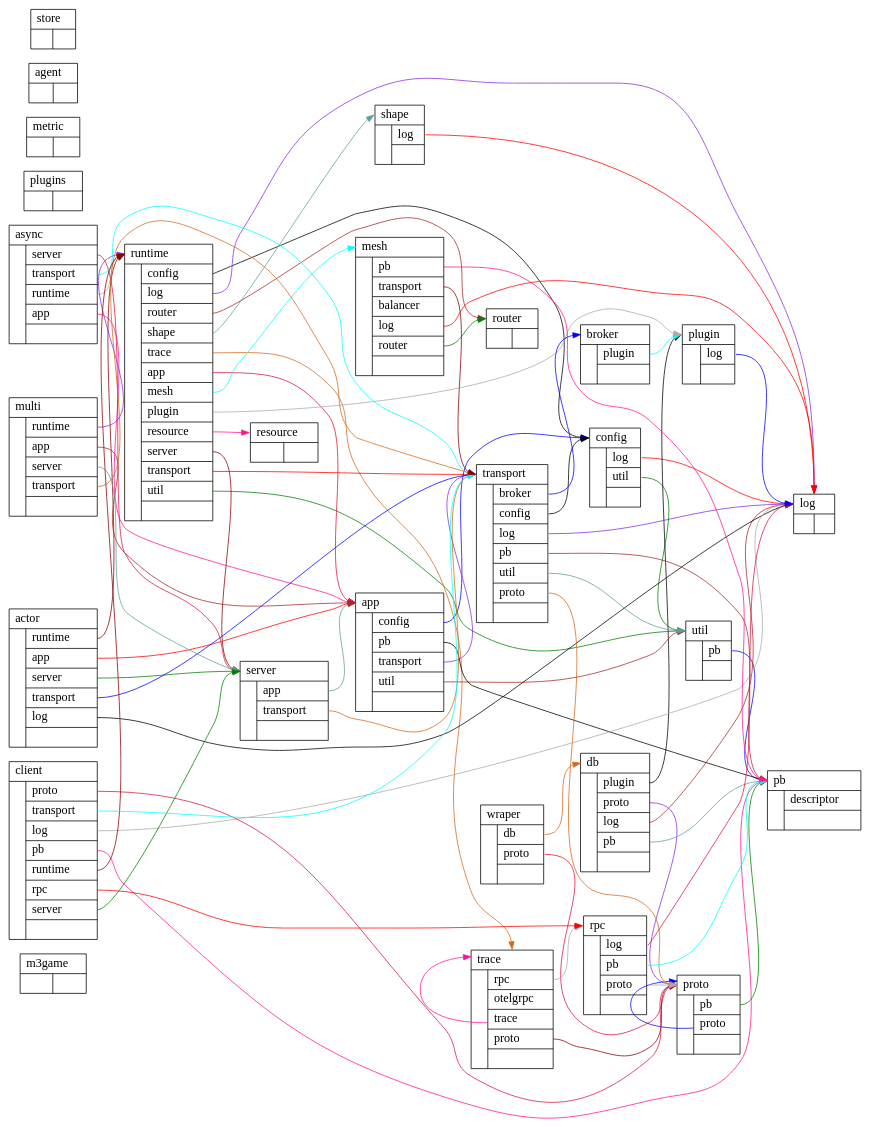
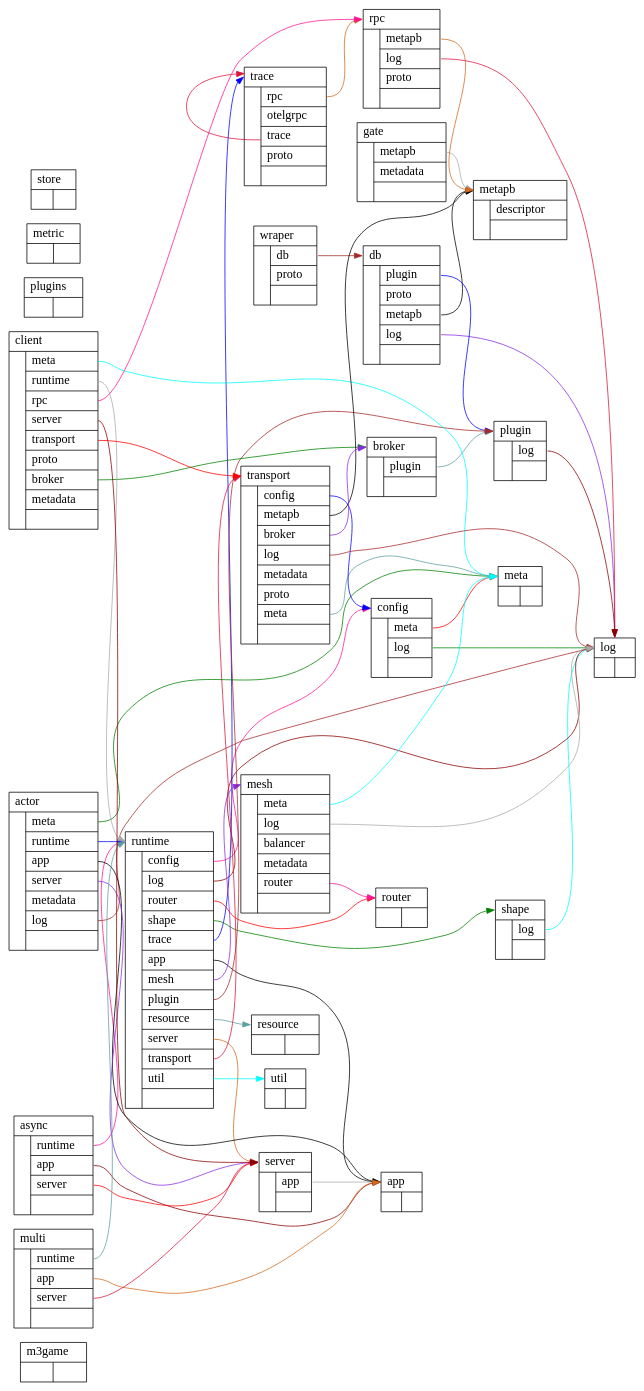
The diagram in tools/refer/Graph.dot (Tudongye/m3game), drawn with Graphviz before and after one commit. The commit also changed 18 other files, not shown here.

```diff
--- a/tools/refer/Graph.dot
+++ b/tools/refer/Graph.dot
@@ -18,18 +18,30 @@
             }}"
         shape = "record"
     ];
+    "meta" [
+        label = "<head> meta\l|
+            {|{
+            }}"
+        shape = "record"
+    ];
+    "metapb" [
+        label = "<head> metapb\l|
+            {|{
+                <descriptor> descriptor\l|
+            }}"
+        shape = "record"
+    ];
     "config" [
         label = "<head> config\l|
             {|{
+                <meta> meta\l|
                 <log> log\l|
-                <util> util\l|
             }}"
         shape = "record"
     ];
     "util" [
         label = "<head> util\l|
             {|{
-                <pb> pb\l|
             }}"
         shape = "record"
     ];
@@ -50,8 +62,8 @@
             {|{
                 <plugin> plugin\l|
                 <proto> proto\l|
+                <metapb> metapb\l|
                 <log> log\l|
-                <pb> pb\l|
             }}"
         shape = "record"
     ];
@@ -82,12 +94,6 @@
             }}"
         shape = "record"
     ];
-    "agent" [
-        label = "<head> agent\l|
-            {|{
-            }}"
-        shape = "record"
-    ];
     "trace" [
         label = "<head> trace\l|
             {|{
@@ -111,18 +117,11 @@
             }}"
         shape = "record"
     ];
-    "proto" [
-        label = "<head> proto\l|
+    "gate" [
+        label = "<head> gate\l|
             {|{
-                <pb> pb\l|
-                <proto> proto\l|
-            }}"
-        shape = "record"
-    ];
-    "pb" [
-        label = "<head> pb\l|
-            {|{
-                <descriptor> descriptor\l|
+                <metapb> metapb\l|
+                <metadata> metadata\l|
             }}"
         shape = "record"
     ];
@@ -147,10 +146,6 @@
     "app" [
         label = "<head> app\l|
             {|{
-                <config> config\l|
-                <pb> pb\l|
-                <transport> transport\l|
-                <util> util\l|
             }}"
         shape = "record"
     ];
@@ -164,27 +159,26 @@
         label = "<head> server\l|
             {|{
                 <app> app\l|
-                <transport> transport\l|
             }}"
         shape = "record"
     ];
     "async" [
         label = "<head> async\l|
             {|{
-                <server> server\l|
-                <transport> transport\l|
                 <runtime> runtime\l|
                 <app> app\l|
+                <server> server\l|
             }}"
         shape = "record"
     ];
     "actor" [
         label = "<head> actor\l|
             {|{
+                <meta> meta\l|
                 <runtime> runtime\l|
                 <app> app\l|
                 <server> server\l|
-                <transport> transport\l|
+                <metadata> metadata\l|
                 <log> log\l|
             }}"
         shape = "record"
@@ -195,40 +189,41 @@
                 <runtime> runtime\l|
                 <app> app\l|
                 <server> server\l|
-                <transport> transport\l|
             }}"
         shape = "record"
     ];
     "client" [
         label = "<head> client\l|
             {|{
-                <proto> proto\l|
-                <transport> transport\l|
-                <log> log\l|
-                <pb> pb\l|
+                <meta> meta\l|
                 <runtime> runtime\l|
                 <rpc> rpc\l|
                 <server> server\l|
+                <transport> transport\l|
+                <proto> proto\l|
+                <broker> broker\l|
+                <metadata> metadata\l|
             }}"
         shape = "record"
     ];
     "transport" [
         label = "<head> transport\l|
             {|{
+                <config> config\l|
+                <metapb> metapb\l|
                 <broker> broker\l|
-                <config> config\l|
                 <log> log\l|
-                <pb> pb\l|
-                <util> util\l|
+                <metadata> metadata\l|
                 <proto> proto\l|
+                <meta> meta\l|
             }}"
         shape = "record"
     ];
     "rpc" [
         label = "<head> rpc\l|
             {|{
+                <metapb> metapb\l|
                 <log> log\l|
-                <pb> pb\l|
                 <proto> proto\l|
             }}"
         shape = "record"
@@ -236,10 +231,10 @@
     "mesh" [
         label = "<head> mesh\l|
             {|{
-                <pb> pb\l|
-                <transport> transport\l|
+                <meta> meta\l|
+                <log> log\l|
                 <balancer> balancer\l|
-                <log> log\l|
+                <metadata> metadata\l|
                 <router> router\l|
             }}"
         shape = "record"
@@ -252,72 +247,56 @@
         shape = "record"
     ];
 
-    config:log -> log:head[color="red"]
-    config:util -> util:head[color="green"]
-    util:pb -> pb:head[color="blue"]
-    db:plugin -> plugin:head[color="black"]
-    db:proto -> proto:head[color="blueviolet"]
-    db:log -> log:head[color="brown"]
-    db:pb -> pb:head[color="cadetblue"]
-    wraper:db -> db:head[color="chocolate"]
-    wraper:proto -> proto:head[color="crimson"]
-    broker:plugin -> plugin:head[color="cyan"]
-    trace:rpc -> rpc:head[color="darkgrey"]
-    trace:trace -> trace:head[color="deeppink"]
-    trace:proto -> proto:head[color="darkred"]
-    shape:log -> log:head[color="red"]
-    proto:pb -> pb:head[color="green"]
-    proto:proto -> proto:head[color="blue"]
-    runtime:config -> config:head[color="black"]
-    runtime:log -> log:head[color="blueviolet"]
-    runtime:router -> router:head[color="brown"]
-    runtime:shape -> shape:head[color="cadetblue"]
-    runtime:trace -> trace:head[color="chocolate"]
-    runtime:app -> app:head[color="crimson"]
-    runtime:mesh -> mesh:head[color="cyan"]
-    runtime:plugin -> plugin:head[color="darkgrey"]
-    runtime:resource -> resource:head[color="deeppink"]
-    runtime:server -> server:head[color="darkred"]
-    runtime:transport -> transport:head[color="red"]
-    runtime:util -> util:head[color="green"]
-    app:config -> config:head[color="blue"]
-    app:pb -> pb:head[color="black"]
-    app:transport -> transport:head[color="blueviolet"]
-    app:util -> util:head[color="brown"]
-    server:app -> app:head[color="cadetblue"]
-    server:transport -> transport:head[color="chocolate"]
-    async:server -> server:head[color="crimson"]
-    async:transport -> transport:head[color="cyan"]
-    async:runtime -> runtime:head[color="darkgrey"]
-    async:app -> app:head[color="deeppink"]
-    actor:runtime -> runtime:head[color="darkred"]
-    actor:app -> app:head[color="red"]
-    actor:server -> server:head[color="green"]
-    actor:transport -> transport:head[color="blue"]
-    actor:log -> log:head[color="black"]
-    multi:runtime -> runtime:head[color="blueviolet"]
-    multi:app -> app:head[color="brown"]
-    multi:server -> server:head[color="cadetblue"]
-    multi:transport -> transport:head[color="chocolate"]
-    client:proto -> proto:head[color="crimson"]
-    client:transport -> transport:head[color="cyan"]
-    client:log -> log:head[color="darkgrey"]
-    client:pb -> pb:head[color="deeppink"]
-    client:runtime -> runtime:head[color="darkred"]
-    client:rpc -> rpc:head[color="red"]
-    client:server -> server:head[color="green"]
-    transport:broker -> broker:head[color="blue"]
-    transport:config -> config:head[color="black"]
-    transport:log -> log:head[color="blueviolet"]
-    transport:pb -> pb:head[color="brown"]
-    transport:util -> util:head[color="cadetblue"]
-    transport:proto -> proto:head[color="chocolate"]
+    config:meta -> meta:head[color="red"]
+    config:log -> log:head[color="green"]
+    db:plugin -> plugin:head[color="blue"]
+    db:metapb -> metapb:head[color="black"]
+    db:log -> log:head[color="blueviolet"]
+    wraper:db -> db:head[color="brown"]
+    broker:plugin -> plugin:head[color="cadetblue"]
+    trace:rpc -> rpc:head[color="chocolate"]
+    trace:trace -> trace:head[color="crimson"]
+    shape:log -> log:head[color="cyan"]
+    gate:metapb -> metapb:head[color="darkgrey"]
+    runtime:config -> config:head[color="deeppink"]
+    runtime:log -> log:head[color="darkred"]
+    runtime:router -> router:head[color="red"]
+    runtime:shape -> shape:head[color="green"]
+    runtime:trace -> trace:head[color="blue"]
+    runtime:app -> app:head[color="black"]
+    runtime:mesh -> mesh:head[color="blueviolet"]
+    runtime:plugin -> plugin:head[color="brown"]
+    runtime:resource -> resource:head[color="cadetblue"]
+    runtime:server -> server:head[color="chocolate"]
+    runtime:transport -> transport:head[color="crimson"]
+    runtime:util -> util:head[color="cyan"]
+    server:app -> app:head[color="darkgrey"]
+    async:runtime -> runtime:head[color="deeppink"]
+    async:app -> app:head[color="darkred"]
+    async:server -> server:head[color="red"]
+    actor:meta -> meta:head[color="green"]
+    actor:runtime -> runtime:head[color="blue"]
+    actor:app -> app:head[color="black"]
+    actor:server -> server:head[color="blueviolet"]
+    actor:log -> log:head[color="brown"]
+    multi:runtime -> runtime:head[color="cadetblue"]
+    multi:app -> app:head[color="chocolate"]
+    multi:server -> server:head[color="crimson"]
+    client:meta -> meta:head[color="cyan"]
+    client:runtime -> runtime:head[color="darkgrey"]
+    client:rpc -> rpc:head[color="deeppink"]
+    client:server -> server:head[color="darkred"]
+    client:transport -> transport:head[color="red"]
+    client:broker -> broker:head[color="green"]
+    transport:config -> config:head[color="blue"]
+    transport:metapb -> metapb:head[color="black"]
+    transport:broker -> broker:head[color="blueviolet"]
+    transport:log -> log:head[color="brown"]
+    transport:meta -> meta:head[color="cadetblue"]
+    rpc:metapb -> metapb:head[color="chocolate"]
     rpc:log -> log:head[color="crimson"]
-    rpc:pb -> pb:head[color="cyan"]
-    rpc:proto -> proto:head[color="darkgrey"]
-    mesh:pb -> pb:head[color="deeppink"]
-    mesh:transport -> transport:head[color="darkred"]
-    mesh:log -> log:head[color="red"]
-    mesh:router -> router:head[color="green"]
-    plugin:log -> log:head[color="blue"]
+    mesh:meta -> meta:head[color="cyan"]
+    mesh:log -> log:head[color="darkgrey"]
+    mesh:router -> router:head[color="deeppink"]
+    plugin:log -> log:head[color="darkred"]
 }
```
